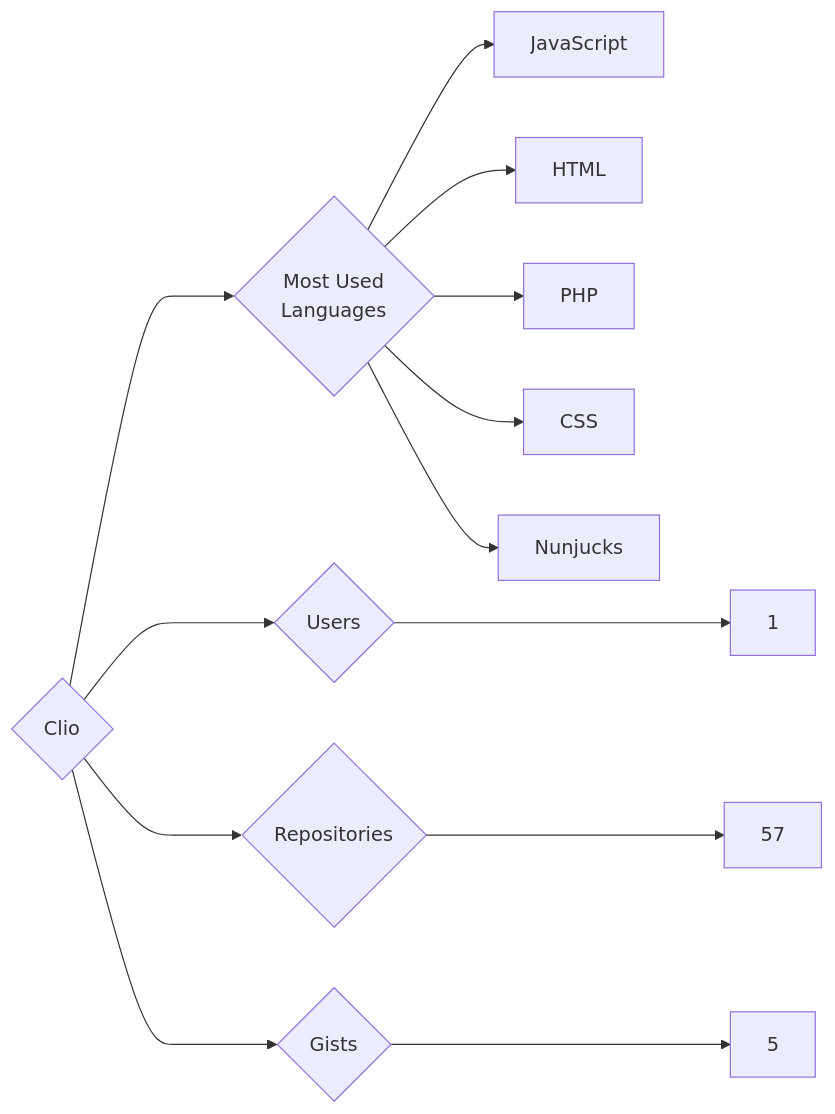
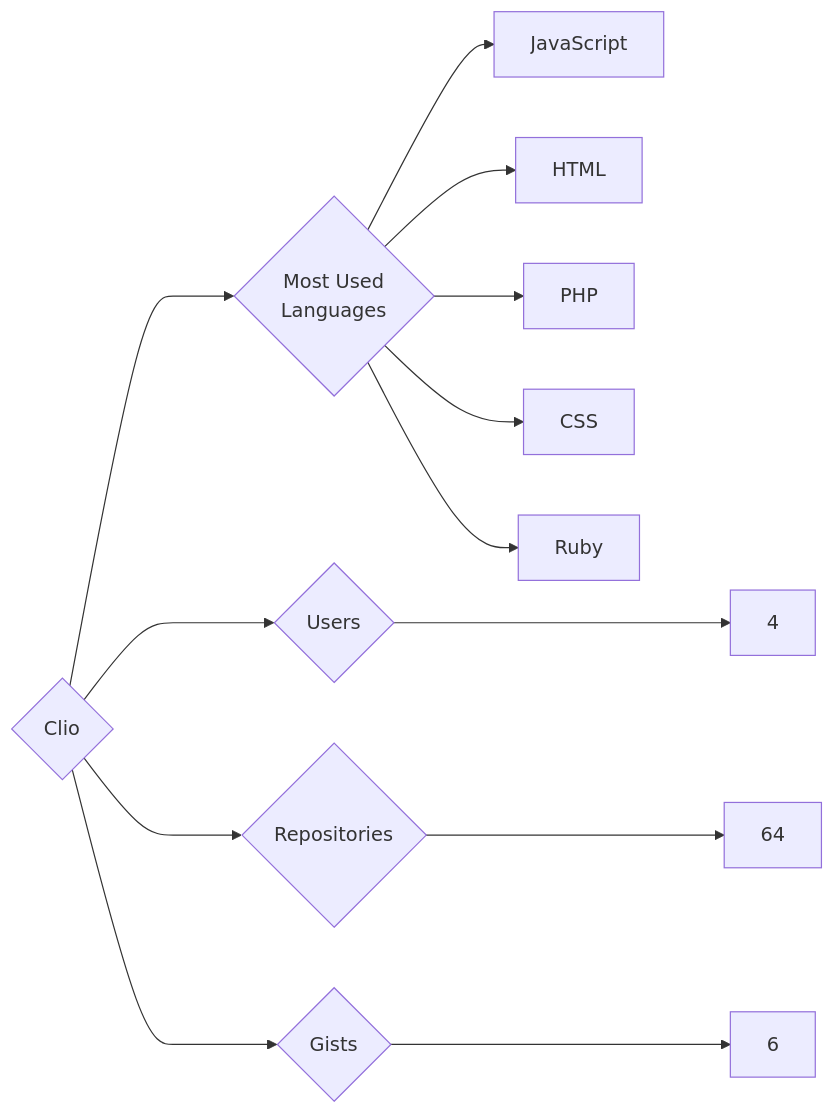
One commit to trickest/insiders changed the diagram in targets/Clio/README.md. Above: the diagram before and after it, drawn with Mermaid. The commit also changed 993 other files, not shown here.

````diff
--- a/targets/Clio/README.md
+++ b/targets/Clio/README.md
@@ -3,13 +3,13 @@
 ```mermaid
 graph LR
 COMPANY_NAME{Clio}
-COMPANY_NAME ---> U{Users} ---> UN[1]
-COMPANY_NAME ---> R{Repositories} ---> RN[57]
-COMPANY_NAME ---> G{Gists} ---> GN[5]
+COMPANY_NAME ---> U{Users} ---> UN[4]
+COMPANY_NAME ---> R{Repositories} ---> RN[64]
+COMPANY_NAME ---> G{Gists} ---> GN[6]
 COMPANY_NAME ---> ML{Most Used<br>Languages}
 ML --> JavaScript[JavaScript]
 ML --> HTML[HTML]
 ML --> PHP[PHP]
 ML --> CSS[CSS]
-ML --> Nunjucks[Nunjucks]
+ML --> Ruby[Ruby]
 ```
````
